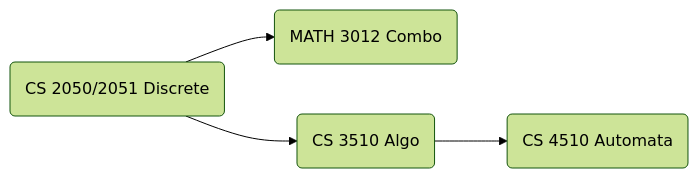
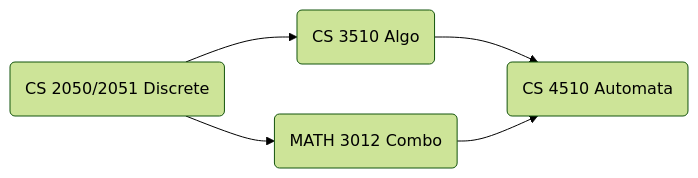
Before and after one commit to Zanger67/CS2050-LaTeX: the diagram in README.md, drawn with Mermaid (forest theme).

Commit message:
Update README.md
Corrected course pathway for 4510 prereqs

````diff
--- a/README.md
+++ b/README.md
@@ -16,8 +16,16 @@
 ```mermaid
 %% graph TD
 graph LR
 
-A(CS 2050/2051 Discrete) --> B(MATH 3012 Combo)
-	A --> C(CS 3510 Algo)
-	C --> D(CS 4510 Automata)
+%% Courses
+cs2050(CS 2050/2051 Discrete)
+math3012(MATH 3012 Combo)
+cs3510(CS 3510 Algo)
+cs4510(CS 4510 Automata)
+
+cs2050 --> math3012
+cs2050 --> cs3510
+cs3510 --> cs4510
+math3012 --> cs4510
+	
 ```
````
